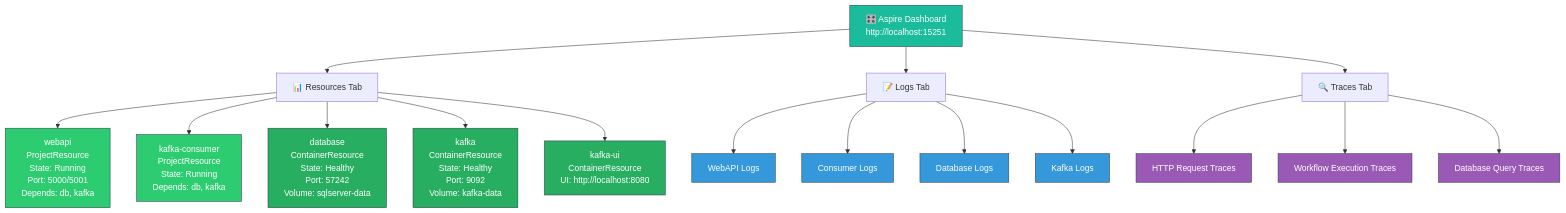
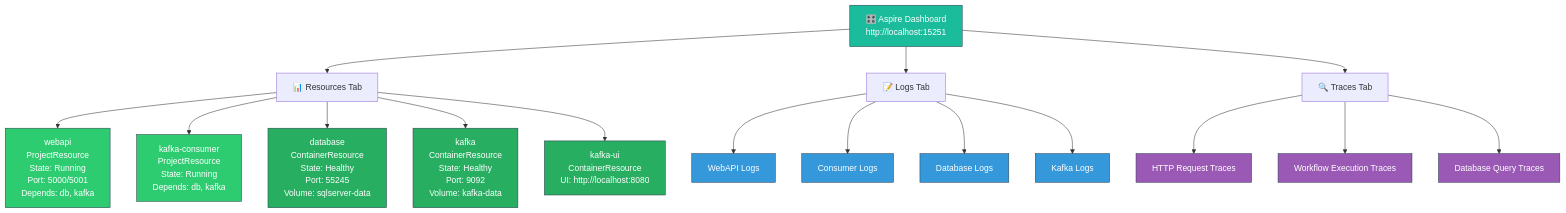
One commit to WholeBit-Solutions/distributed-workflow changed the ninth of 15 diagrams in ARCHITECTURE_DIAGRAMS.md. Above: the diagram before and after it, drawn with Mermaid. The commit also changed other lines of this file and 1 other file, not shown here.

````diff
--- a/ARCHITECTURE_DIAGRAMS.md
+++ b/ARCHITECTURE_DIAGRAMS.md
@@ -505,35 +498,35 @@
 ```mermaid
 graph TB
     Dashboard["🎛️ Aspire Dashboard<br/>http://localhost:15251"]
     
     Dashboard --> Resources["📊 Resources Tab"]
     Dashboard --> Logs["📝 Logs Tab"]
     Dashboard --> Traces["🔍 Traces Tab"]
     
     Resources --> WebAPI["webapi<br/>ProjectResource<br/>State: Running<br/>Port: 5000/5001<br/>Depends: db, kafka"]
     Resources --> Consumer["kafka-consumer<br/>ProjectResource<br/>State: Running<br/>Depends: db, kafka"]
-    Resources --> SqlServer["database<br/>ContainerResource<br/>State: Healthy<br/>Port: 57242<br/>Volume: sqlserver-data"]
+    Resources --> SqlServer["database<br/>ContainerResource<br/>State: Healthy<br/>Port: 55245<br/>Volume: sqlserver-data"]
     Resources --> Kafka["kafka<br/>ContainerResource<br/>State: Healthy<br/>Port: 9092<br/>Volume: kafka-data"]
     Resources --> KafkaUI["kafka-ui<br/>ContainerResource<br/>UI: http://localhost:8080"]
     
     Logs --> WebAPILogs["WebAPI Logs"]
     Logs --> ConsumerLogs["Consumer Logs"]
     Logs --> DbLogs["Database Logs"]
     Logs --> KafkaLogs["Kafka Logs"]
     
     Traces --> WebAPITraces["HTTP Request Traces"]
     Traces --> ConsumerTraces["Workflow Execution Traces"]
     Traces --> DbTraces["Database Query Traces"]
     
     classDef dashboard fill:#1abc9c,stroke:#2c3e50,color:#fff
     classDef running fill:#2ecc71,stroke:#2c3e50,color:#fff
     classDef healthy fill:#27ae60,stroke:#2c3e50,color:#fff
     classDef logs fill:#3498db,stroke:#2c3e50,color:#fff
     classDef traces fill:#9b59b6,stroke:#2c3e50,color:#fff
     
     class Dashboard dashboard
     class WebAPI,Consumer running
     class SqlServer,Kafka,KafkaUI healthy
     class WebAPILogs,ConsumerLogs,DbLogs,KafkaLogs logs
     class WebAPITraces,ConsumerTraces,DbTraces traces
 ```
````
